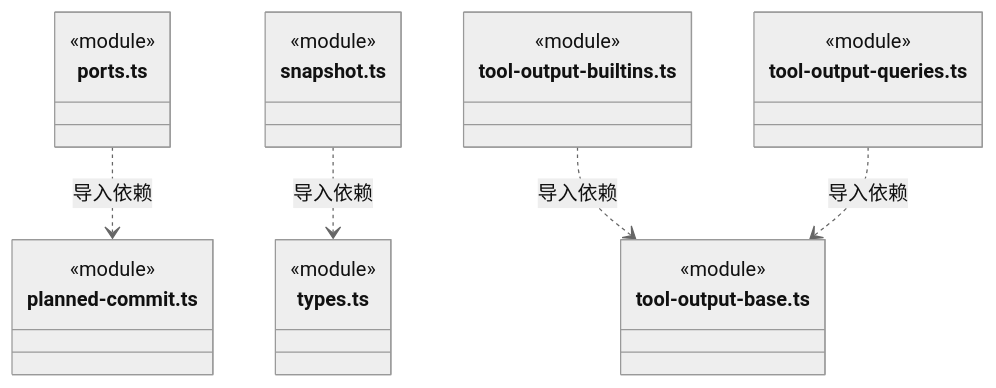
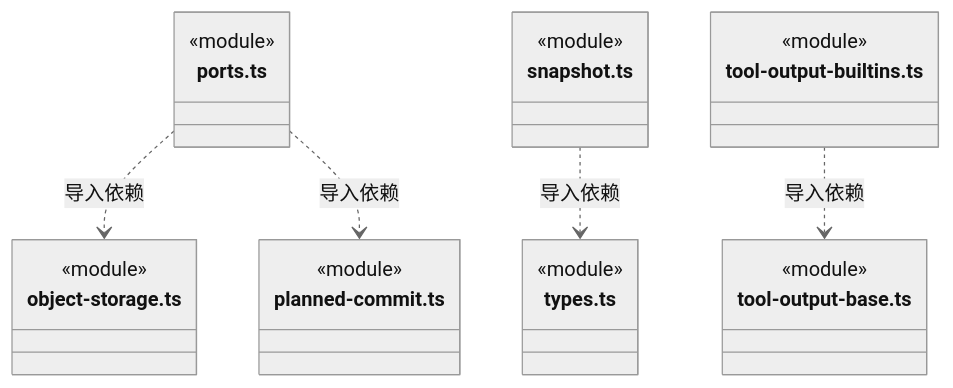
One commit to nan023062/cbim changed diagram 30 of 32 in src/backend/core/knowledge/ARCHITECTURE.md. Above: the diagram before and after it, drawn with Mermaid (neutral theme). The commit also changed other lines of this file and 32 other files, not shown here.

First line of the commit message:
refactor: isolate knowledge queries and scoped domain tests

````diff
--- a/src/backend/core/knowledge/ARCHITECTURE.md
+++ b/src/backend/core/knowledge/ARCHITECTURE.md
@@ -706,28 +703,28 @@
 ```mermaid
 classDiagram
 class N_src_backend_core_knowledge_ports_ts["ports.ts"] {
+  <<module>>
+}
+class N_src_backend_core_knowledge_object_storage_ts["object-storage.ts"] {
   <<module>>
 }
 class N_src_backend_core_knowledge_planned_commit_ts["planned-commit.ts"] {
   <<module>>
 }
 class N_src_backend_core_knowledge_snapshot_ts["snapshot.ts"] {
   <<module>>
 }
 class N_src_backend_core_knowledge_types_ts["types.ts"] {
   <<module>>
 }
 class N_src_backend_core_knowledge_tool_output_builtins_ts["tool-output-builtins.ts"] {
   <<module>>
 }
 class N_src_backend_core_knowledge_tool_output_base_ts["tool-output-base.ts"] {
   <<module>>
 }
-class N_src_backend_core_knowledge_tool_output_queries_ts["tool-output-queries.ts"] {
-  <<module>>
-}
+N_src_backend_core_knowledge_ports_ts ..> N_src_backend_core_knowledge_object_storage_ts : 导入依赖
 N_src_backend_core_knowledge_ports_ts ..> N_src_backend_core_knowledge_planned_commit_ts : 导入依赖
 N_src_backend_core_knowledge_snapshot_ts ..> N_src_backend_core_knowledge_types_ts : 导入依赖
 N_src_backend_core_knowledge_tool_output_builtins_ts ..> N_src_backend_core_knowledge_tool_output_base_ts : 导入依赖
-N_src_backend_core_knowledge_tool_output_queries_ts ..> N_src_backend_core_knowledge_tool_output_base_ts : 导入依赖
 ```
````
